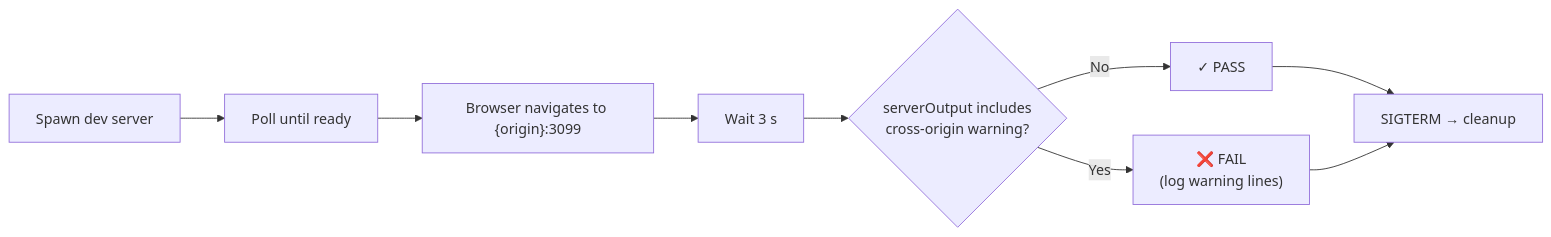
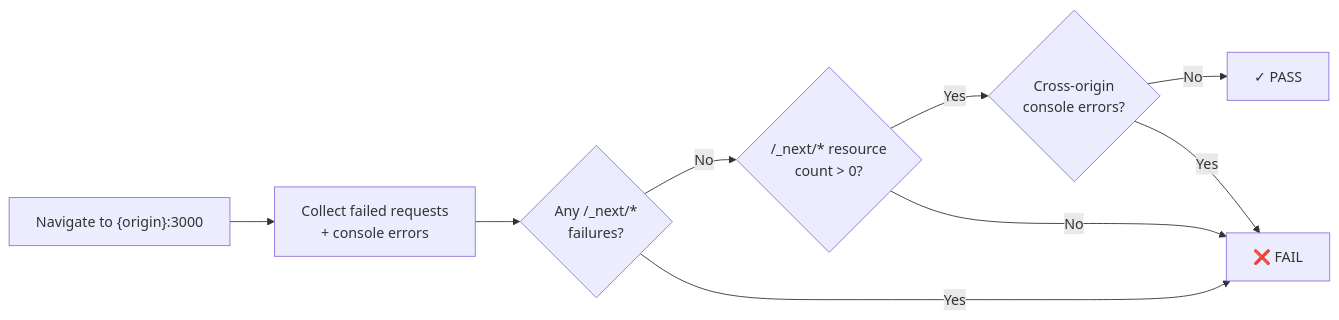
One commit to viscalyx/viscalyx.se changed the third of 5 diagrams in tests/integration/cross-origin-warning.md. Above: the diagram before and after it, drawn with Mermaid. The commit also changed other lines of this file, not shown here.

Commit message:
fix: update cross-origin warning integration tests to use Playwright-managed server and improve resource validation

````diff
--- a/tests/integration/cross-origin-warning.md
+++ b/tests/integration/cross-origin-warning.md
@@ -130,11 +119,11 @@
 ```mermaid
 flowchart LR
-    A["Spawn dev server"] --> B["Poll until ready"]
-    B --> C["Browser navigates to {origin}:3099"]
-    C --> D["Wait 3 s"]
-    D --> E{"serverOutput includes<br/>cross-origin warning?"}
+    A["Navigate to {origin}:3000"] --> B["Collect failed requests<br/>+ console errors"]
+    B --> C{"Any /_next/*<br/>failures?"}
+    C -- No --> D{"/_next/* resource<br/>count > 0?"}
+    D -- Yes --> E{"Cross-origin<br/>console errors?"}
     E -- No --> F["✓ PASS"]
-    E -- Yes --> G["❌ FAIL<br/>(log warning lines)"]
-    F --> H["SIGTERM → cleanup"]
-    G --> H
+    E -- Yes --> G["❌ FAIL"]
+    D -- No --> G
+    C -- Yes --> G
 ```
````
